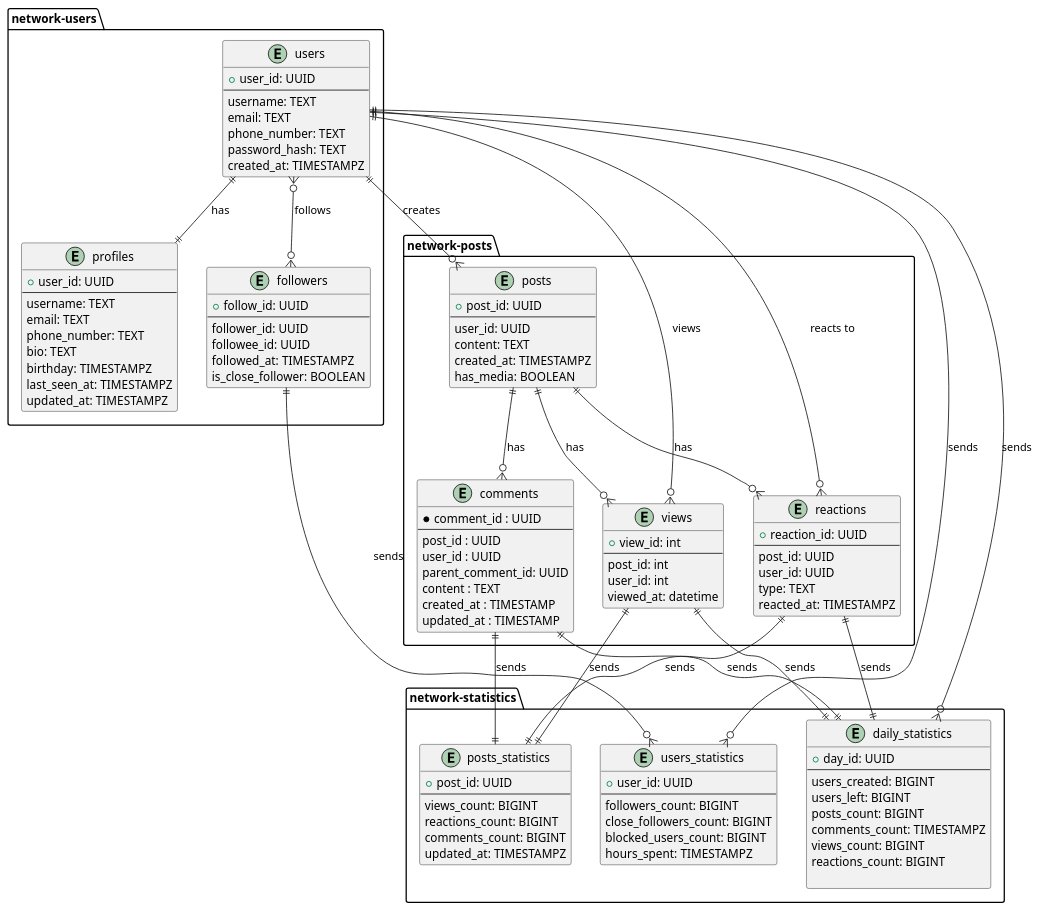
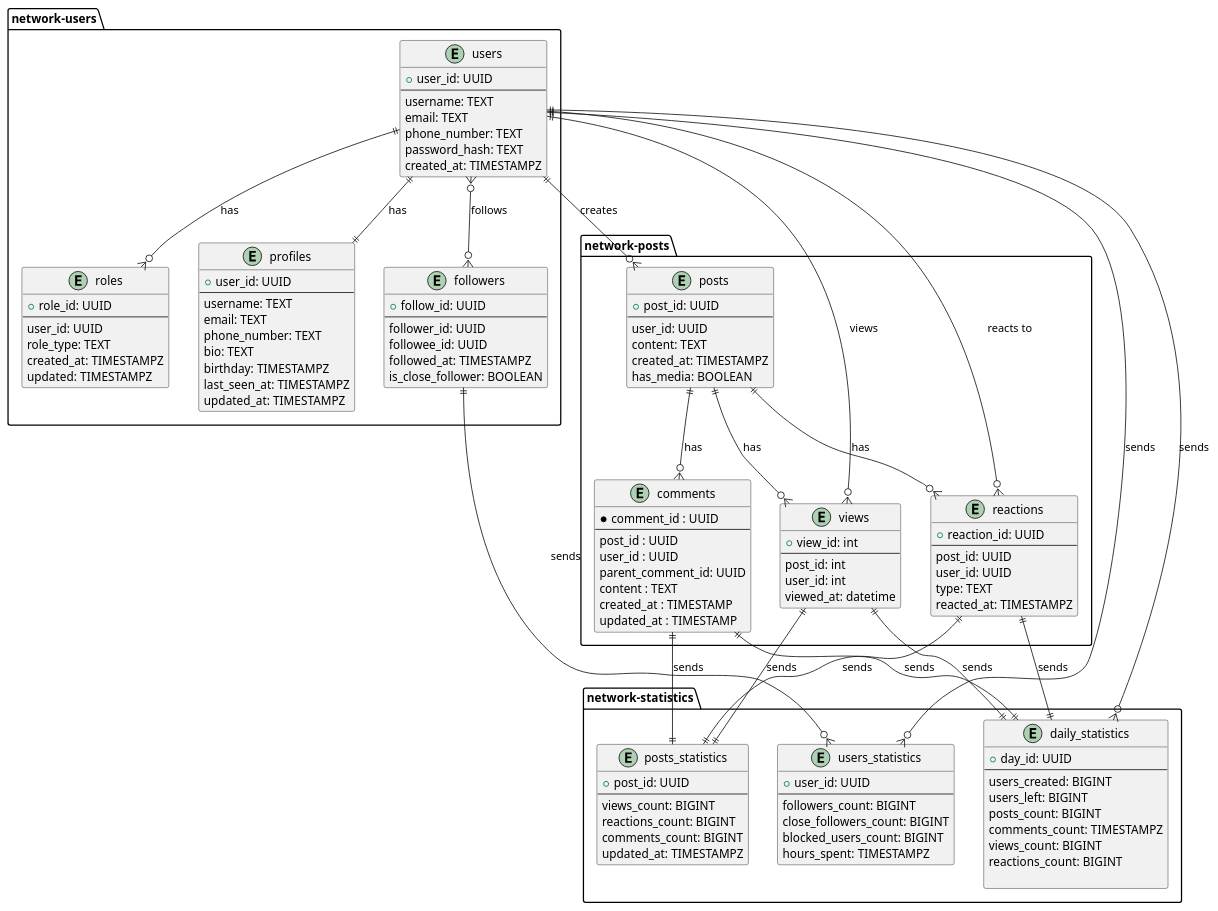
Before and after one commit to avoyko/soa-network: the diagram in social-network/docs/network.puml, drawn with PlantUML.

Commit message:
feat soa-network: add user roles

```diff
--- a/social-network/docs/network.puml
+++ b/social-network/docs/network.puml
@@ -1,138 +1,148 @@
 @startuml "network"
 
 
 package "network-users" {
 
 entity users {
     +user_id: UUID
     ---
     username: TEXT
     email: TEXT
     phone_number: TEXT
     password_hash: TEXT
     created_at: TIMESTAMPZ
 }
 
 entity profiles {
     +user_id: UUID
     ---
     username: TEXT
     email: TEXT
     phone_number: TEXT
     bio: TEXT
     birthday: TIMESTAMPZ
     last_seen_at: TIMESTAMPZ
     updated_at: TIMESTAMPZ
 }
 
 entity followers {
     +follow_id: UUID
     ---
     follower_id: UUID
     followee_id: UUID
     followed_at: TIMESTAMPZ
     is_close_follower: BOOLEAN
+}
+
+entity roles {
+    +role_id: UUID
+    ---
+    user_id: UUID
+    role_type: TEXT
+    created_at: TIMESTAMPZ
+    updated: TIMESTAMPZ
 }
 
 }
 
 package "network-posts" {
 
 entity posts {
     +post_id: UUID
     ---
     user_id: UUID
     content: TEXT
     created_at: TIMESTAMPZ
     has_media: BOOLEAN
 }
 
 entity views {
     +view_id: int
     ---
     post_id: int
     user_id: int
     viewed_at: datetime
 }
 
 entity reactions {
     +reaction_id: UUID
     ---
     post_id: UUID
     user_id: UUID
     type: TEXT
     reacted_at: TIMESTAMPZ
 }
 
 entity comments {
     * comment_id : UUID 
     --
     post_id : UUID 
     user_id : UUID 
     parent_comment_id: UUID
     content : TEXT
     created_at : TIMESTAMP
     updated_at : TIMESTAMP
 }
 
 }
 
 package "network-statistics" {
 
 entity posts_statistics {
     +post_id: UUID
     ---
     views_count: BIGINT
     reactions_count: BIGINT
     comments_count: BIGINT
     updated_at: TIMESTAMPZ
 }
 
 entity users_statistics {
     +user_id: UUID
     ---
     followers_count: BIGINT
     close_followers_count: BIGINT
     blocked_users_count: BIGINT
     hours_spent: TIMESTAMPZ
 }
 
 entity daily_statistics {
     +day_id: UUID
     ---
     users_created: BIGINT
     users_left: BIGINT
     posts_count: BIGINT
     comments_count: TIMESTAMPZ
     views_count: BIGINT
     reactions_count: BIGINT
     
 }
 
 }
 
 users ||--o{ posts : "creates"
+users ||--o{ roles : "has"
 users ||--o{ views : "views"
 users ||--o{ reactions : "reacts to"
 users ||--o{ users_statistics : "sends"
 users ||--|| profiles : "has"
 users }o--o{ followers : "follows"
 users ||--o{ daily_statistics : "sends"
 
 posts ||--o{ views: "has"
 posts ||--o{ reactions : "has"
 posts ||--o{ comments : "has"
 
 views ||--|| posts_statistics : "sends"
 reactions ||--|| posts_statistics : "sends"
 comments ||--|| posts_statistics : "sends"
 
 views ||--|| daily_statistics : "sends"
 reactions ||--|| daily_statistics : "sends"
 comments ||--|| daily_statistics : "sends"
 
 followers ||--o{ users_statistics : "sends"
 
 
 
 @enduml
```
